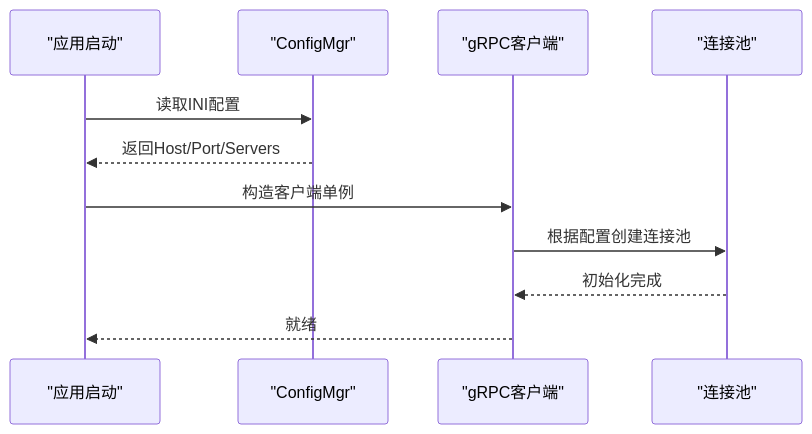
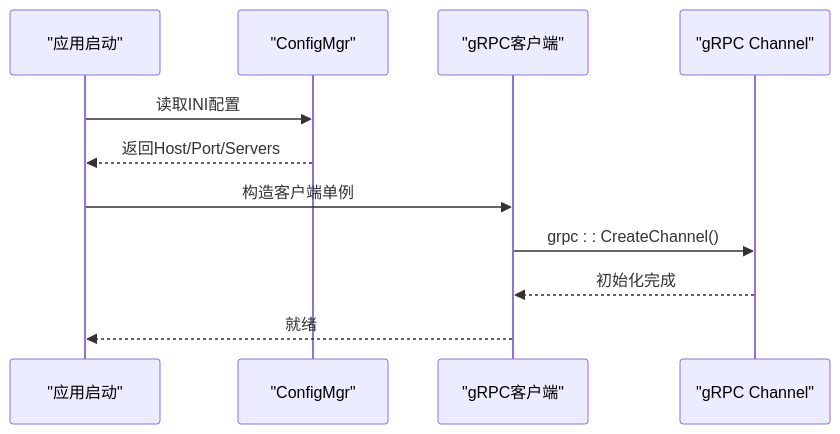
The eighth of 8 diagrams in .qoder/repowiki/zh/content/网络通信/gRPC微服务接口/gRPC客户端实现指南.md (echo9923/mychatter), drawn with Mermaid before and after one commit. The commit also changed other lines of this file and 54 other files, not shown here.

````diff
--- a/.qoder/repowiki/zh/content/网络通信/gRPC微服务接口/gRPC客户端实现指南.md
+++ b/.qoder/repowiki/zh/content/网络通信/gRPC微服务接口/gRPC客户端实现指南.md
@@ -349,13 +324,13 @@
 ```mermaid
 sequenceDiagram
 participant App as "应用启动"
 participant Cfg as "ConfigMgr"
 participant Client as "gRPC客户端"
-participant Pool as "连接池"
+participant Channel as "gRPC Channel"
 App->>Cfg : 读取INI配置
 Cfg-->>App : 返回Host/Port/Servers
 App->>Client : 构造客户端单例
-Client->>Pool : 根据配置创建连接池
-Pool-->>Client : 初始化完成
+Client->>Channel : grpc : : CreateChannel()
+Channel-->>Client : 初始化完成
 Client-->>App : 就绪
 ```
````
